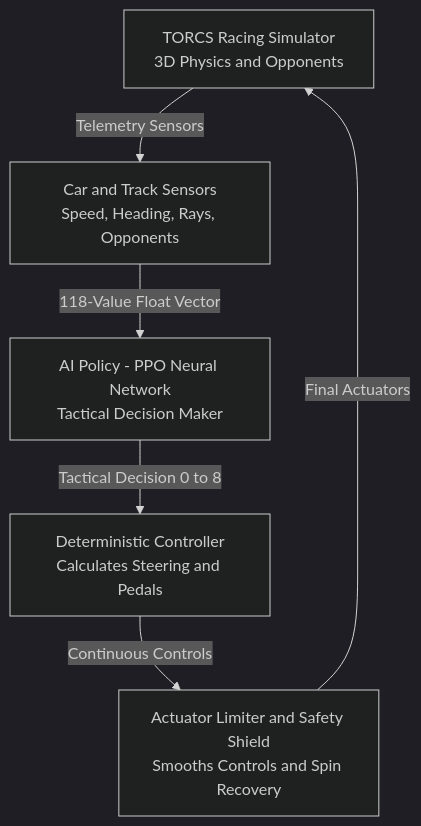
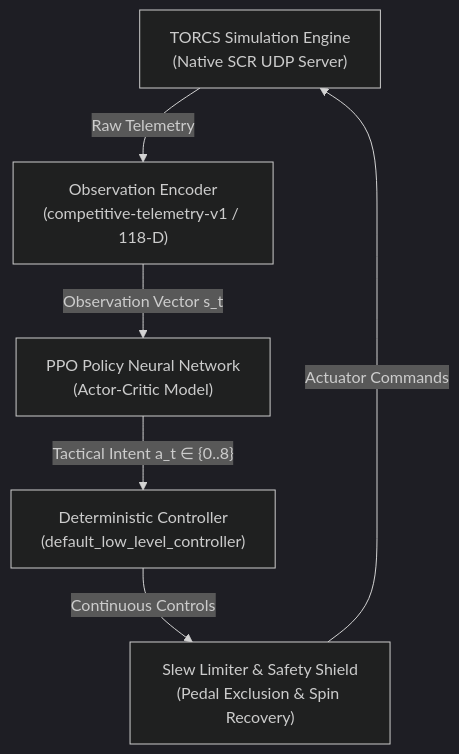
One commit to AnasBabari/torcs-ai changed the second of 2 diagrams in README.md. Above: the diagram before and after it, drawn with Mermaid (dark theme). The commit also changed other lines of this file, not shown here.

Commit message:
docs: redesign main architecture diagram with clean 5-second plain-English flow and example

````diff
--- a/README.md
+++ b/README.md
@@ -19,8 +343,8 @@
 ```mermaid
 graph TD
-    A[TORCS Racing Simulator<br/>3D Physics and Opponents] -->|Telemetry Sensors| B[Car and Track Sensors<br/>Speed, Heading, Rays, Opponents]
-    B -->|118-Value Float Vector| C[AI Policy - PPO Neural Network<br/>Tactical Decision Maker]
-    C -->|Tactical Decision 0 to 8| D[Deterministic Controller<br/>Calculates Steering and Pedals]
-    D -->|Continuous Controls| E[Actuator Limiter and Safety Shield<br/>Smooths Controls and Spin Recovery]
-    E -->|Final Actuators| A
+    A["TORCS Simulation Engine<br/>(Native SCR UDP Server)"] -->|"Raw Telemetry"| B["Observation Encoder<br/>(competitive-telemetry-v1 / 118-D)"]
+    B -->|"Observation Vector s_t"| C["PPO Policy Neural Network<br/>(Actor-Critic Model)"]
+    C -->|"Tactical Intent a_t ∈ {0..8}"| D["Deterministic Controller<br/>(default_low_level_controller)"]
+    D -->|"Continuous Controls"| E["Slew Limiter & Safety Shield<br/>(Pedal Exclusion & Spin Recovery)"]
+    E -->|"Actuator Commands"| A
 ```
````
